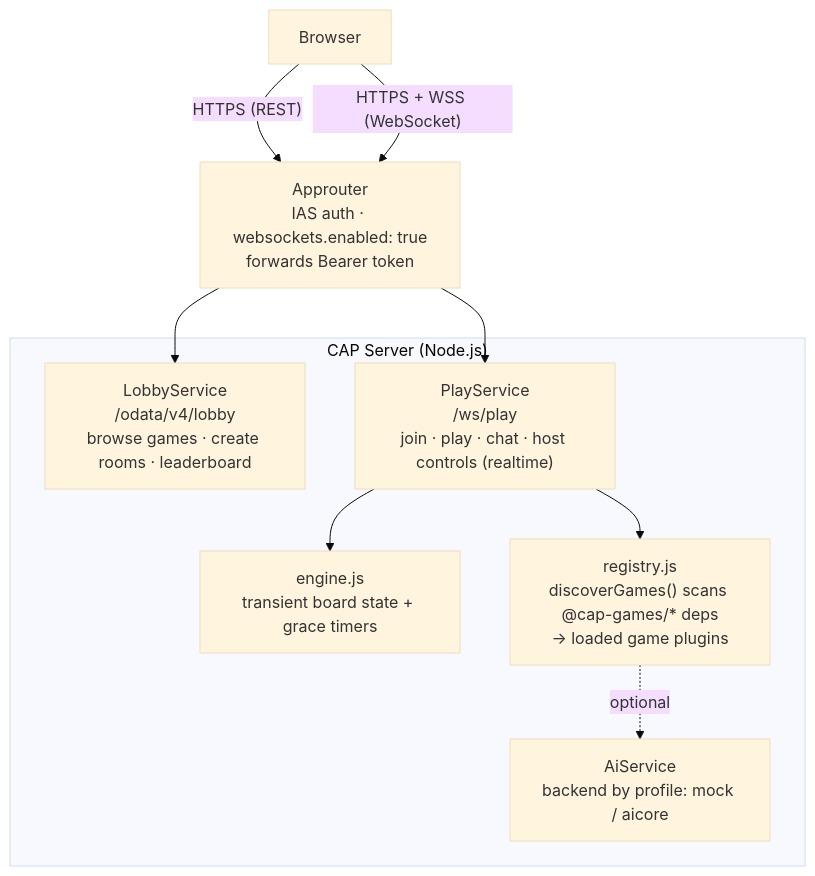
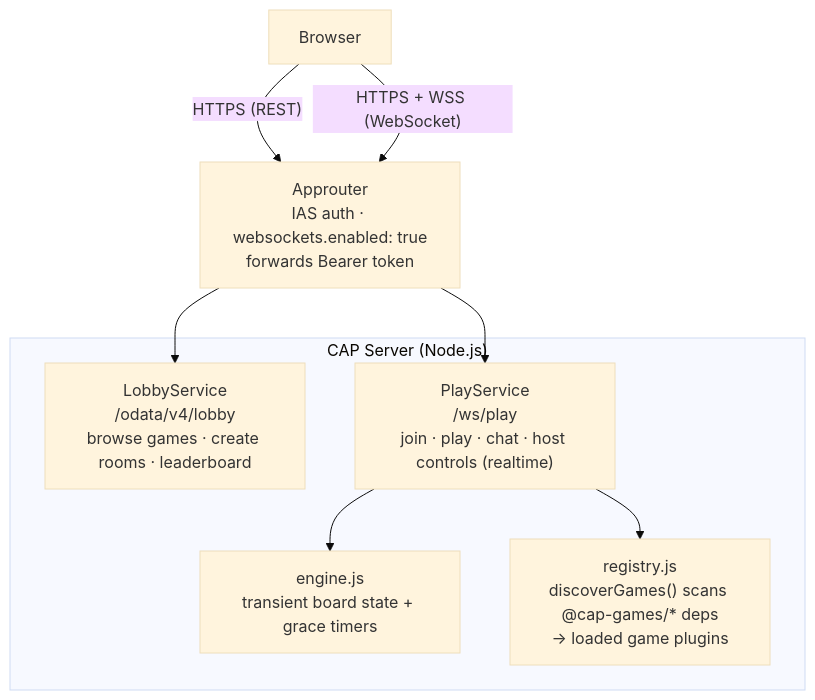
Before and after one commit to TruLov/cap-games: the diagram in AGENTS.md, drawn with Mermaid (base theme). The commit also changed other lines of this file and 33 other files, not shown here.

````diff
--- a/AGENTS.md
+++ b/AGENTS.md
@@ -11,21 +11,19 @@
 ```mermaid
 flowchart TB
     Browser["Browser"]
     Approuter["Approuter<br/>IAS auth · websockets.enabled: true<br/>forwards Bearer token"]
 
     subgraph CAP["CAP Server (Node.js)"]
         Lobby["LobbyService<br/>/odata/v4/lobby<br/>browse games · create rooms · leaderboard"]
         Play["PlayService<br/>/ws/play<br/>join · play · chat · host controls (realtime)"]
         Engine["engine.js<br/>transient board state + grace timers"]
         Registry["registry.js<br/>discoverGames() scans @cap-games/* deps<br/>→ loaded game plugins"]
-        Ai["AiService<br/>backend by profile: mock / aicore"]
     end
 
     Browser -- "HTTPS (REST)" --> Approuter
     Browser -- "HTTPS + WSS (WebSocket)" --> Approuter
     Approuter --> Lobby
     Approuter --> Play
     Play --> Engine
     Play --> Registry
-    Registry -. optional .-> Ai
 ```
````
